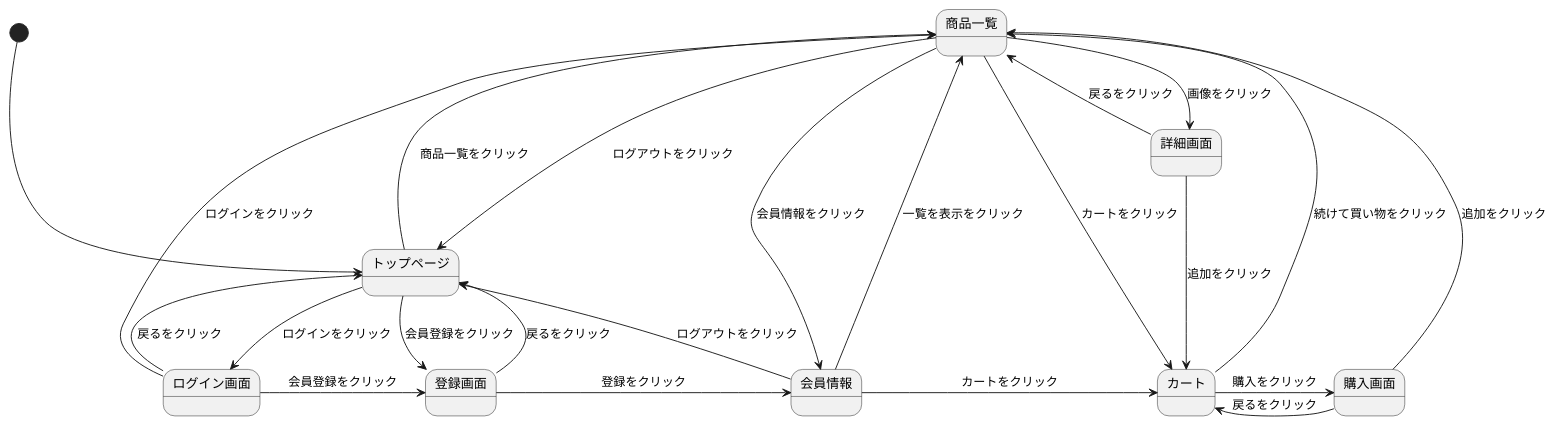
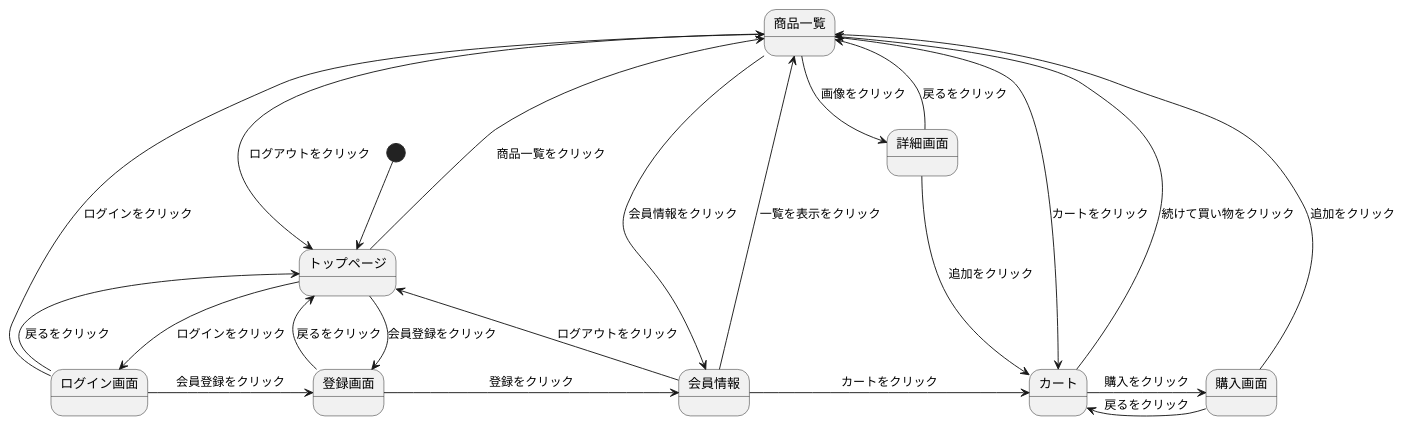
The diagram in gamen.md (Aso2001409/2021sys-design), drawn with PlantUML before and after one commit.

````diff
--- a/gamen.md
+++ b/gamen.md
@@ -1,26 +1,26 @@
 ```uml
 @startuml
-[*]--->トップページ
+[*]-->トップページ
 トップページ--->商品一覧 :商品一覧をクリック
 トップページ-->ログイン画面 :ログインをクリック
 トップページ-->登録画面 :会員登録をクリック
 商品一覧-->詳細画面 :画像をクリック
 商品一覧--->カート :カートをクリック
 商品一覧->トップページ :ログアウトをクリック
 商品一覧->会員情報 :会員情報をクリック
 詳細画面->商品一覧 :戻るをクリック
 詳細画面->カート :追加をクリック
 カート->商品一覧 :続けて買い物をクリック
 カート->購入画面 :購入をクリック
 購入画面->カート :戻るをクリック
 購入画面->商品一覧 :追加をクリック
 会員情報->商品一覧 :一覧を表示をクリック
 会員情報->カート :カートをクリック
 会員情報->トップページ :ログアウトをクリック
 ログイン画面->商品一覧 :ログインをクリック
 ログイン画面->登録画面 :会員登録をクリック
 ログイン画面->トップページ :戻るをクリック
 登録画面->会員情報 :登録をクリック
 登録画面->トップページ :戻るをクリック
 @enduml
 ```
````
